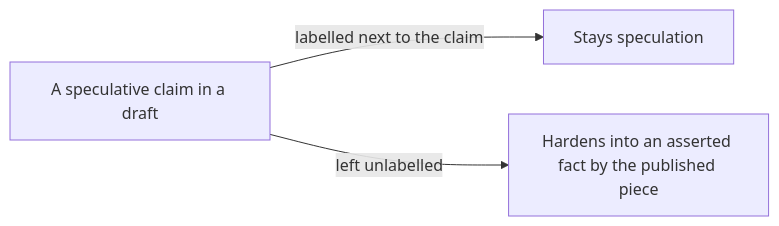
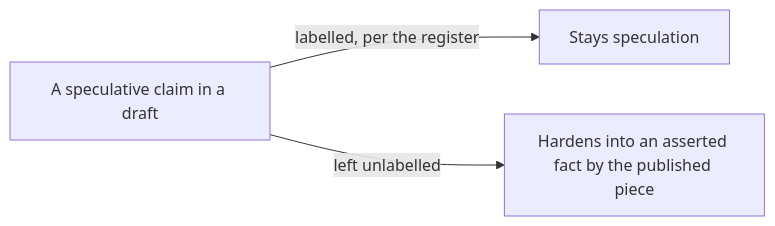
The diagram in 01_doctrine/voice-judgement.md (Colorado-Startups/space-peak), drawn with Mermaid before and after one commit. The commit also changed other lines of this file and 11 other files, not shown here.

First line of the commit message:
One rule for labelling an unconfirmed figure, in the register (#200) (#206)

````diff
--- a/01_doctrine/voice-judgement.md
+++ b/01_doctrine/voice-judgement.md
@@ -13,5 +13,5 @@
 ```mermaid
 flowchart LR
-  D["A speculative claim in a draft"] -->|"labelled next to the claim"| S["Stays speculation"]
+  D["A speculative claim in a draft"] -->|"labelled, per the register"| S["Stays speculation"]
   D -->|"left unlabelled"| F["Hardens into an asserted fact by the published piece"]
 ```
````
